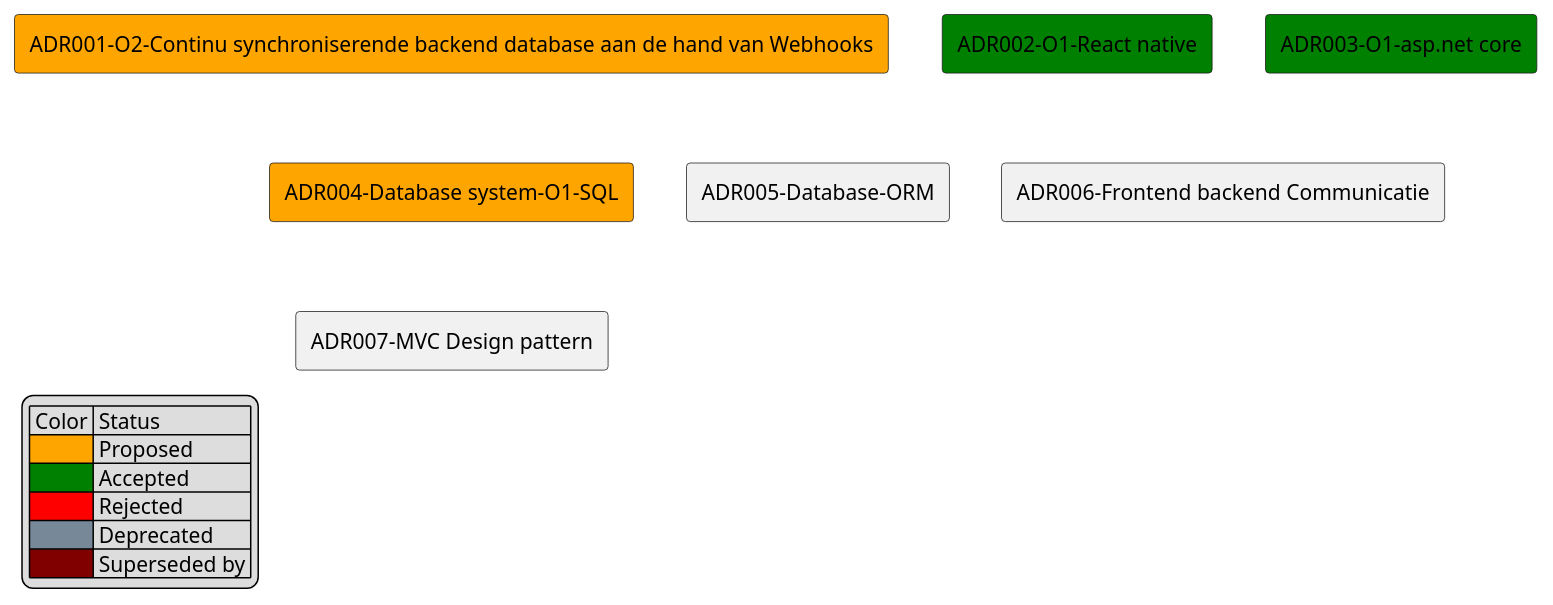
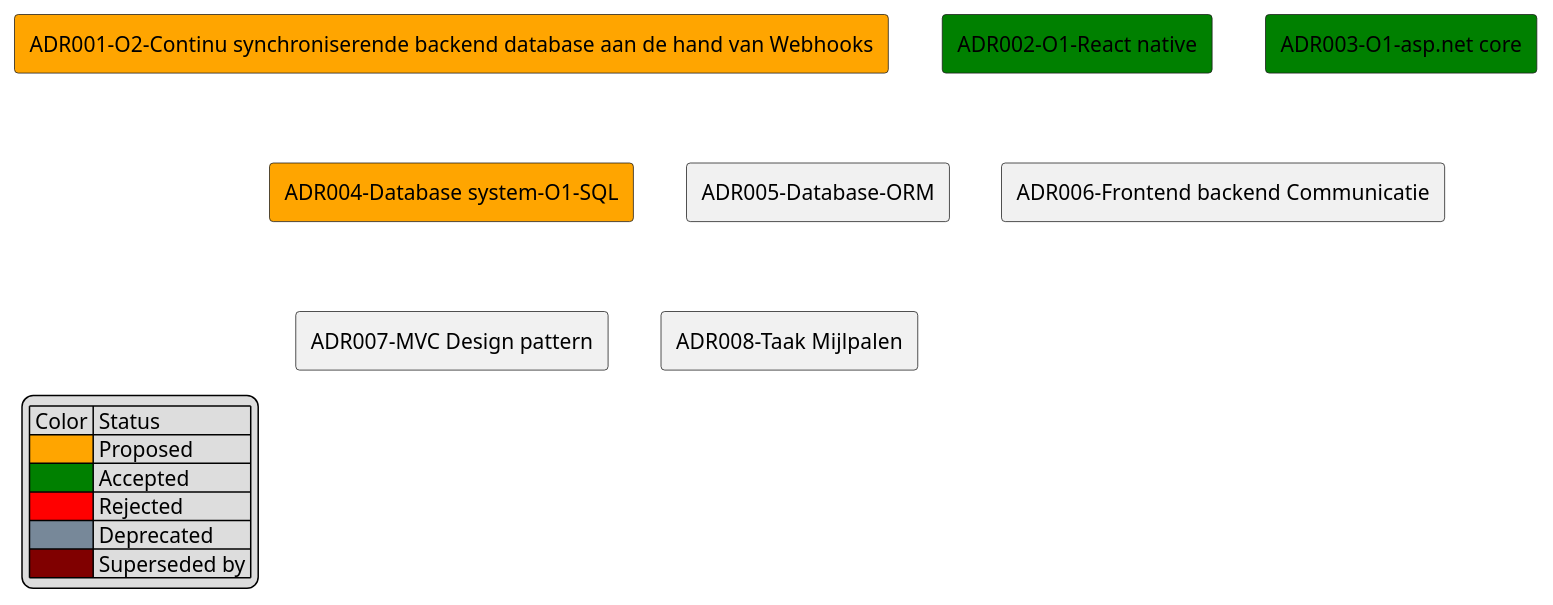
Diagram 11 of 11 in Documentatie/SoftwareArchitectureDocument.md (DCReceveur/pre-afstudeer-docs), drawn with PlantUML before and after one commit. The commit also changed 4 other files, not shown here.

````diff
--- a/Documentatie/SoftwareArchitectureDocument.md
+++ b/Documentatie/SoftwareArchitectureDocument.md
@@ -482,20 +482,21 @@
 ```plantuml
 
 rectangle "ADR001-O2-Continu synchroniserende backend database aan de hand van Webhooks" as ADR001o2 #Orange
 rectangle "ADR002-O1-React native" as ADR002 #Green
 rectangle "ADR003-O1-asp.net core" as ADR003 #Green
 rectangle "ADR004-Database system-O1-SQL" as ADR004 #Orange
 rectangle "ADR005-Database-ORM"
 rectangle "ADR006-Frontend backend Communicatie"
 rectangle "ADR007-MVC Design pattern"
+rectangle "ADR008-Taak Mijlpalen"
 
 legend left
     | Color | Status |
     |<#Orange>| Proposed |
     |<#Green>| Accepted |
     |<#Red>| Rejected |
     | <#LightSlateGray> | Deprecated |
     | <#Maroon> | Superseded by |
 endlegend
 
 ```
````
